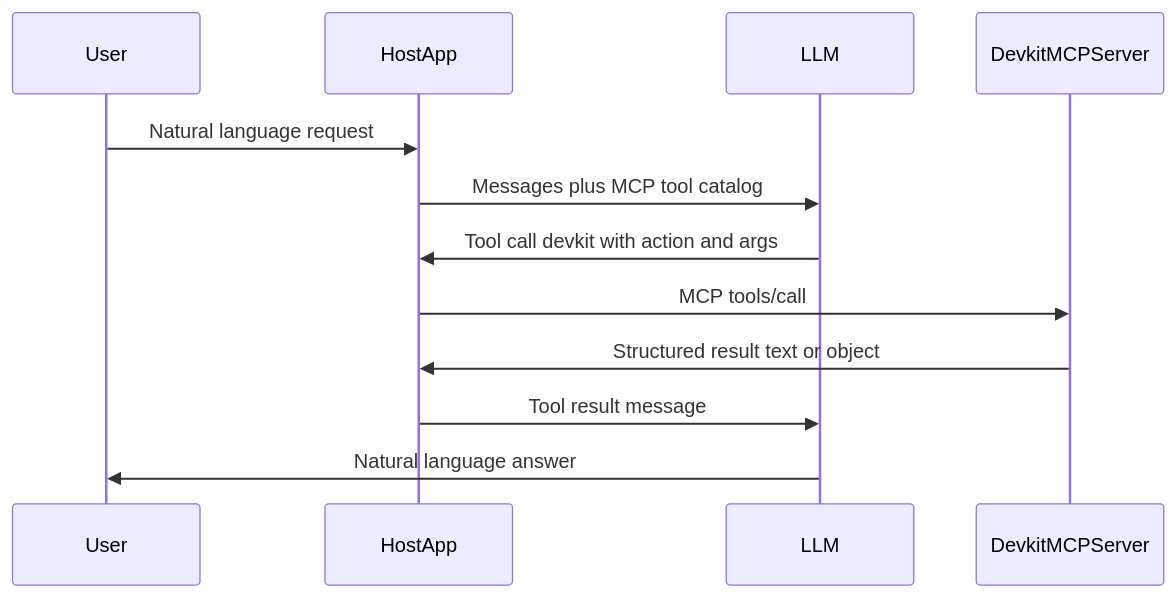
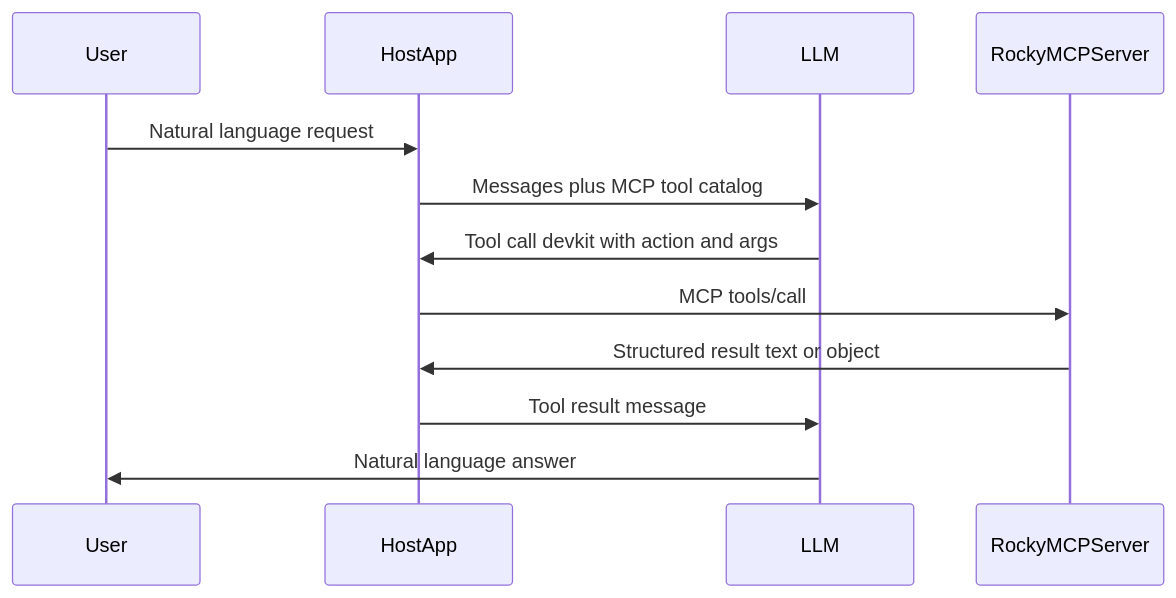
The diagram in README.md (hellozheat/rocky), drawn with Mermaid before and after one commit. The commit also changed other lines of this file and 45 other files, not shown here.

````diff
--- a/README.md
+++ b/README.md
@@ -336,15 +337,15 @@
 ```mermaid
 sequenceDiagram
   participant User
   participant Host as HostApp
   participant LLM
-  participant MCP as DevkitMCPServer
+  participant MCP as RockyMCPServer
 
   User->>Host: Natural language request
   Host->>LLM: Messages plus MCP tool catalog
   LLM->>Host: Tool call devkit with action and args
   Host->>MCP: MCP tools/call
   MCP->>Host: Structured result text or object
   Host->>LLM: Tool result message
   LLM->>User: Natural language answer
 ```
````
